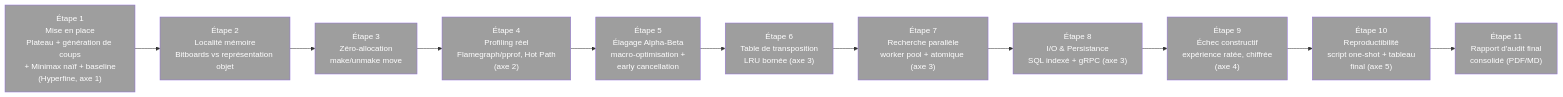
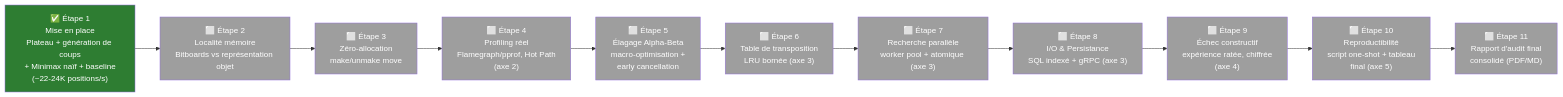
The diagram in choix-sujet.md (YoussefGoat123/FILROUGE), drawn with Mermaid before and after one commit. The commit also changed other lines of this file and 21 other files, not shown here.

````diff
--- a/choix-sujet.md
+++ b/choix-sujet.md
@@ -79,25 +79,25 @@
 ```mermaid
 flowchart LR
-    A["Étape 1\nMise en place\nPlateau + génération de coups\n+ Minimax naïf + baseline\n(Hyperfine, axe 1)"] --> B["Étape 2\nLocalité mémoire\nBitboards vs représentation objet"]
-    B --> C["Étape 3\nZéro-allocation\nmake/unmake move"]
-    C --> D["Étape 4\nProfiling réel\nFlamegraph/pprof, Hot Path\n(axe 2)"]
-    D --> E["Étape 5\nÉlagage Alpha-Beta\nmacro-optimisation +\nearly cancellation"]
-    E --> F["Étape 6\nTable de transposition\nLRU bornée (axe 3)"]
-    F --> G["Étape 7\nRecherche parallèle\nworker pool + atomique (axe 3)"]
-    G --> H["Étape 8\nI/O & Persistance\nSQL indexé + gRPC (axe 3)"]
-    H --> I["Étape 9\nÉchec constructif\nexpérience ratée, chiffrée\n(axe 4)"]
-    I --> J["Étape 10\nReproductibilité\nscript one-shot + tableau\nfinal (axe 5)"]
-    J --> K["Étape 11\nRapport d'audit final\nconsolidé (PDF/MD)"]
+    A["✅ Étape 1\nMise en place\nPlateau + génération de coups\n+ Minimax naïf + baseline\n(~22-24K positions/s)"] --> B["⬜ Étape 2\nLocalité mémoire\nBitboards vs représentation objet"]
+    B --> C["⬜ Étape 3\nZéro-allocation\nmake/unmake move"]
+    C --> D["⬜ Étape 4\nProfiling réel\nFlamegraph/pprof, Hot Path\n(axe 2)"]
+    D --> E["⬜ Étape 5\nÉlagage Alpha-Beta\nmacro-optimisation +\nearly cancellation"]
+    E --> F["⬜ Étape 6\nTable de transposition\nLRU bornée (axe 3)"]
+    F --> G["⬜ Étape 7\nRecherche parallèle\nworker pool + atomique (axe 3)"]
+    G --> H["⬜ Étape 8\nI/O & Persistance\nSQL indexé + gRPC (axe 3)"]
+    H --> I["⬜ Étape 9\nÉchec constructif\nexpérience ratée, chiffrée\n(axe 4)"]
+    I --> J["⬜ Étape 10\nReproductibilité\nscript one-shot + tableau\nfinal (axe 5)"]
+    J --> K["⬜ Étape 11\nRapport d'audit final\nconsolidé (PDF/MD)"]
 
-    style A fill:#9e9e9e,color:#fff
+    style A fill:#2e7d32,color:#fff
     style B fill:#9e9e9e,color:#fff
     style C fill:#9e9e9e,color:#fff
     style D fill:#9e9e9e,color:#fff
     style E fill:#9e9e9e,color:#fff
     style F fill:#9e9e9e,color:#fff
     style G fill:#9e9e9e,color:#fff
     style H fill:#9e9e9e,color:#fff
     style I fill:#9e9e9e,color:#fff
     style J fill:#9e9e9e,color:#fff
     style K fill:#9e9e9e,color:#fff
 ```
````
